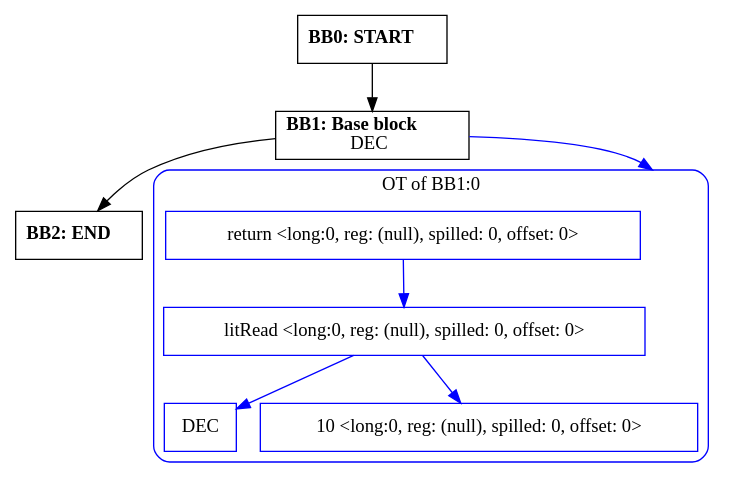
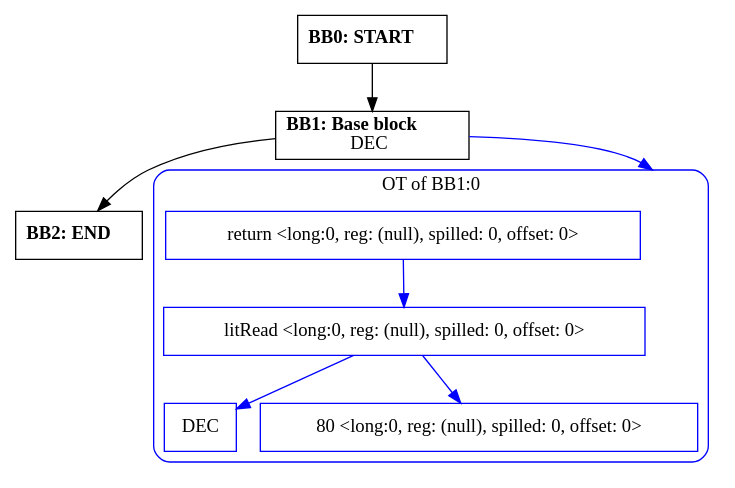
Before and after one commit to zavar152-cv/myLang-oop-compiler: the diagram in outputs/cfg/io.IO.uintBufferSize.dot, drawn with Graphviz. The commit also changed 29 other files, not shown here.

```diff
--- a/outputs/cfg/io.IO.uintBufferSize.dot
+++ b/outputs/cfg/io.IO.uintBufferSize.dot
@@ -1,26 +1,26 @@
 digraph CFG {
     compound=true;
     graph [splines=true];
     node [shape=rectangle];
 
     BB2 [label=<<B>BB2: END</B><BR ALIGN="CENTER"/>>];
     BB1 [label=<<B>BB1: Base block</B><BR ALIGN="CENTER"/>DEC<BR ALIGN="CENTER"/>>];
     subgraph cluster_instruction0 {
         label = "OT of BB1:0";
         style=rounded;
         color=blue;
         entry0 [shape=point, style=invis];
         node0 [label="return <long:0, reg: (null), spilled: 0, offset: 0>", color=blue];
         node1 [label="litRead <long:0, reg: (null), spilled: 0, offset: 0>", color=blue];
         node2 [label="DEC", color=blue];
         node1 -> node2[color=blue];
-        node3 [label="10 <long:0, reg: (null), spilled: 0, offset: 0>", color=blue];
+        node3 [label="80 <long:0, reg: (null), spilled: 0, offset: 0>", color=blue];
         node1 -> node3[color=blue];
         node0 -> node1[color=blue];
     }
     BB1 -> entry0 [lhead=cluster_instruction0, color=blue];
     BB0 [label=<<B>BB0: START</B><BR ALIGN="CENTER"/>>];
 
     BB1 -> BB2;
     BB0 -> BB1;
 }
```
